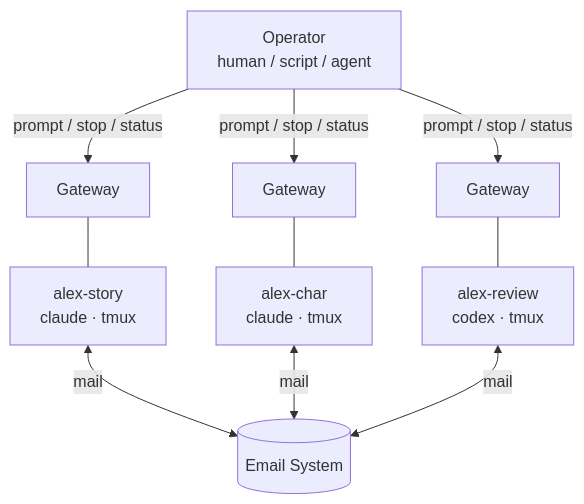
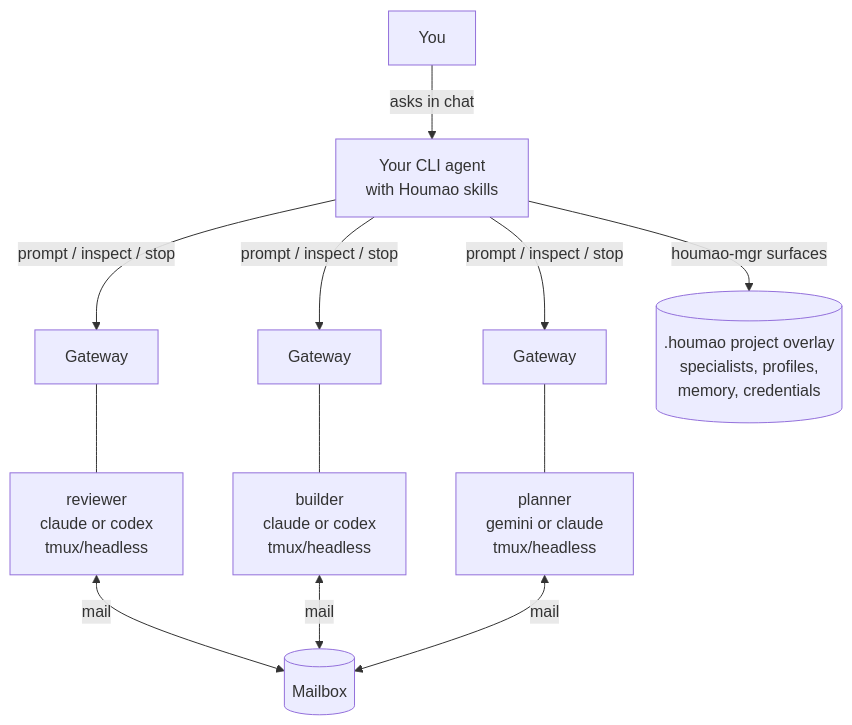
One commit to igamenovoer/houmao changed the diagram in README.md. Above: the diagram before and after it, drawn with Mermaid. The commit also changed other lines of this file and 6 other files, not shown here.

````diff
--- a/README.md
+++ b/README.md
@@ -40,25 +22,25 @@
 ```mermaid
 flowchart TB
-    HM["Operator<br/>human / script / agent"]
-
+    U["You"]
+    UA["Your CLI agent<br/>with Houmao skills"]
     GW1["Gateway"]
     GW2["Gateway"]
     GW3["Gateway"]
-    A1["alex-story<br/>claude · tmux"]
-    A2["alex-char<br/>claude · tmux"]
-    A3["alex-review<br/>codex · tmux"]
+    A1["reviewer<br/>claude or codex<br/>tmux/headless"]
+    A2["builder<br/>claude or codex<br/>tmux/headless"]
+    A3["planner<br/>gemini or claude<br/>tmux/headless"]
+    MB[("Mailbox")]
+    FS[(".houmao project overlay<br/>specialists, profiles,<br/>memory, credentials")]
 
-    MB[("Email System")]
-
-    HM -->|prompt / stop / status| GW1
-    HM -->|prompt / stop / status| GW2
-    HM -->|prompt / stop / status| GW3
-
+    U -->|asks in chat| UA
+    UA -->|houmao-mgr surfaces| FS
+    UA -->|prompt / inspect / stop| GW1
+    UA -->|prompt / inspect / stop| GW2
+    UA -->|prompt / inspect / stop| GW3
     GW1 --- A1
     GW2 --- A2
     GW3 --- A3
-
     A1 <-->|mail| MB
     A2 <-->|mail| MB
     A3 <-->|mail| MB
 ```
````
